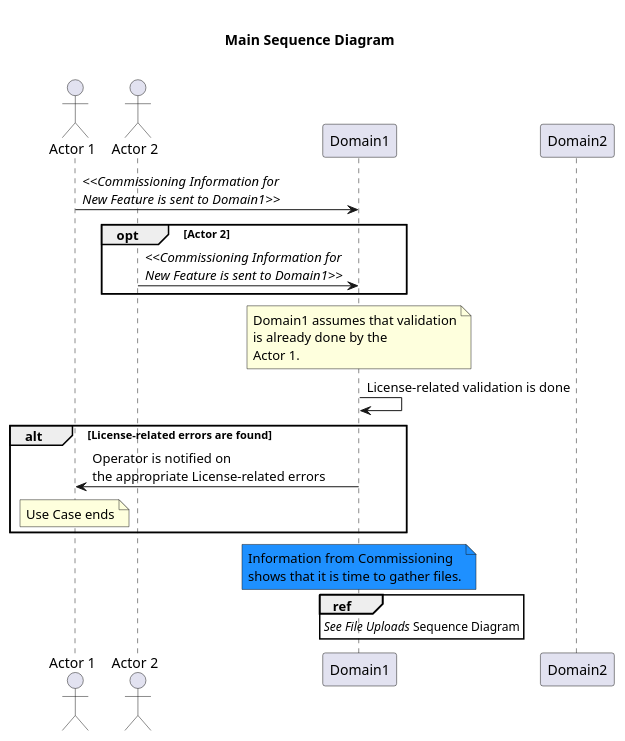
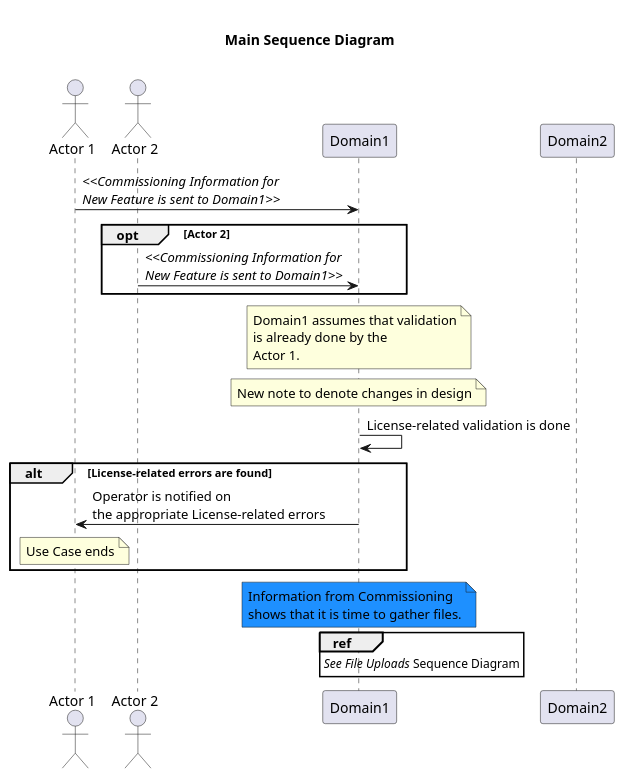
One commit to jpgacrama/SphinxTest changed the first of 3 diagrams in documentation/src/SampleUseCase.rst. Above: the diagram before and after it, drawn with PlantUML.

Commit message:
Added new note to see changes in design

```diff
--- a/documentation/src/SampleUseCase.rst
+++ b/documentation/src/SampleUseCase.rst
@@ -53,42 +53,46 @@
 .. uml::
 
     @startuml
 
         title \nMain Sequence Diagram\n
 
         actor "Actor 1" as Actor1
         actor "Actor 2" as Actor2
         participant "Domain1" as Domain1
         participant "Domain2" as Domain2
 
         Actor1  -> Domain1: //<<Commissioning Information for//\n//New Feature is sent to Domain1>>//
 
         opt Actor 2
             Actor2  -> Domain1: //<<Commissioning Information for//\n//New Feature is sent to Domain1>>//
         end
 
         note over Domain1
             Domain1 assumes that validation
             is already done by the
             Actor 1.
         end note
 
+        note over Domain1
+            New note to denote changes in design
+        end note
+
         Domain1 -> Domain1: License-related validation is done
 
         alt License-related errors are found
             Domain1 -> Actor1: Operator is notified on\nthe appropriate License-related errors
             note over Actor1
                 Use Case ends
             end note
         end
 
         note over Domain1 #DodgerBlue
             Information from Commissioning
             shows that it is time to gather files.
         end note
 
         ref over Domain1
             //See File Uploads// Sequence Diagram
         end ref
 
     @enduml
```
